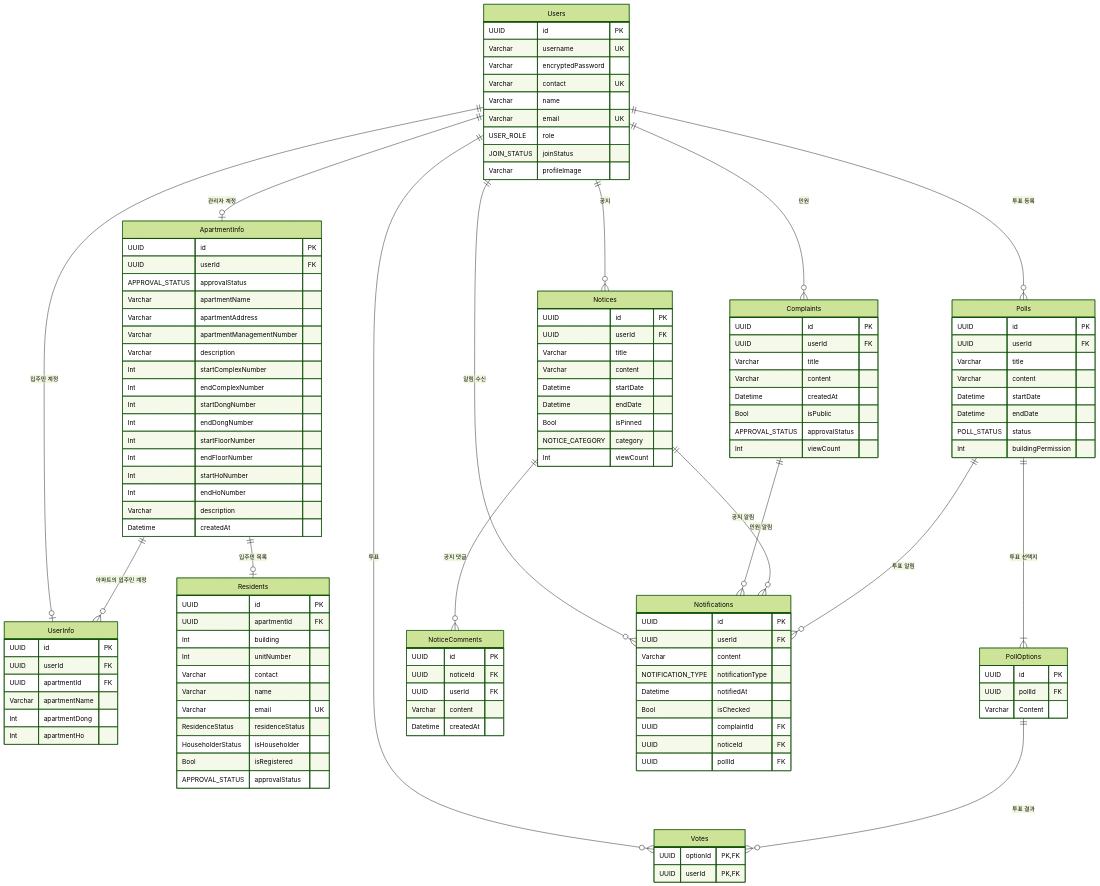
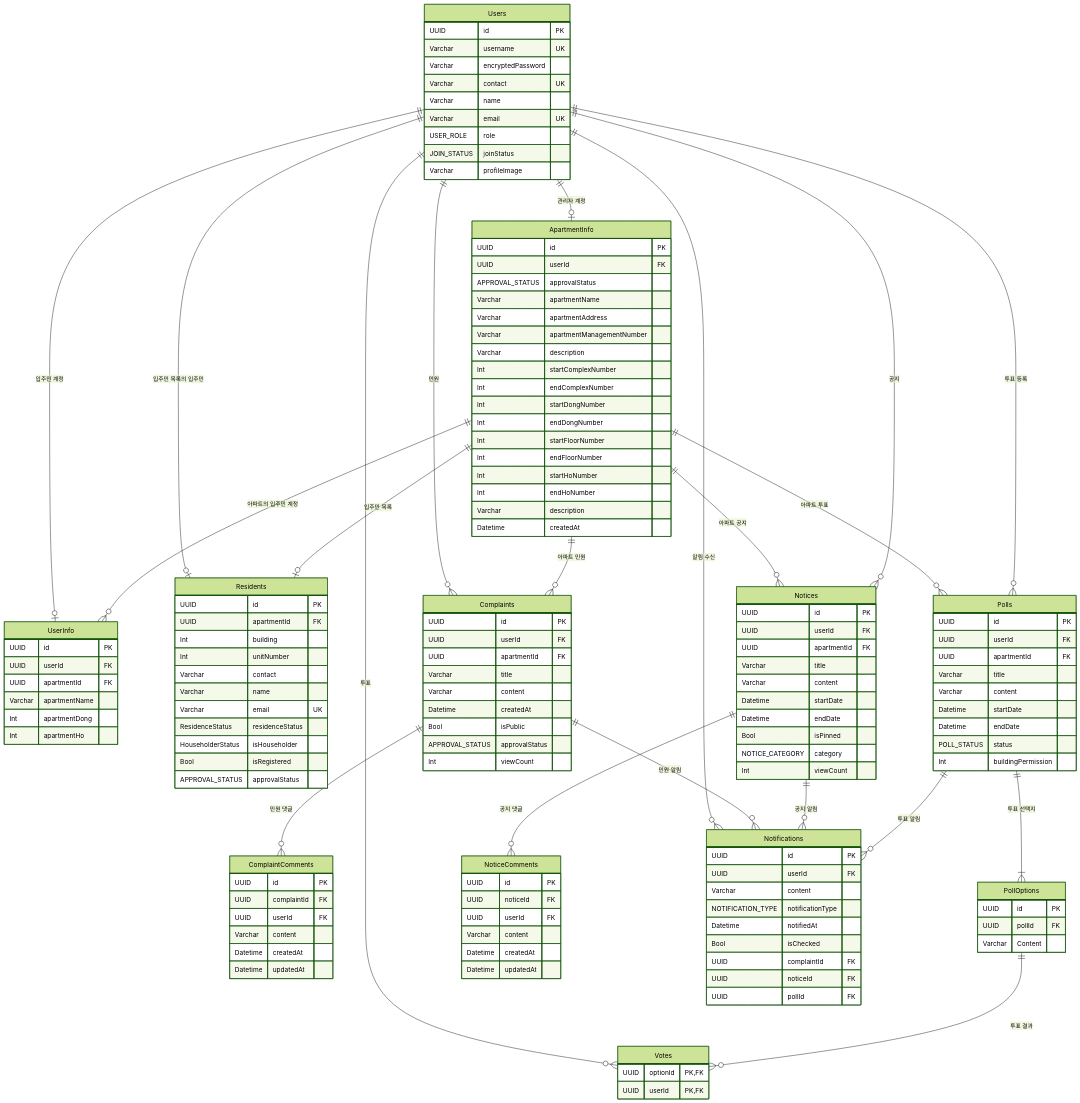
The diagram in erd.v1.md (nb01-welive-team2/nb01-welive-team2), drawn with Mermaid (forest theme) before and after one commit. The commit also changed 23 other files, not shown here.

```diff
--- a/erd.v1.md
+++ b/erd.v1.md
@@ -35,7 +35,6 @@
   Datetime createdAt
 }
 %% APPROVAL_STATUS : UNRECEIVED, PENDING, APPROVED
-%% nullable : startComplexNumber, endComplexNumber
 
 UserInfo {
   UUID id PK
@@ -65,6 +64,7 @@
 Complaints {
   UUID id PK
   UUID userId FK
+  UUID apartmentId FK
   Varchar title
   Varchar content
   Datetime createdAt
@@ -74,9 +74,19 @@
 }
 %% viewCount @default(0)
 
+ComplaintComments {
+  UUID id PK
+  UUID complaintId FK
+  UUID userId FK
+  Varchar content
+  Datetime createdAt
+  Datetime updatedAt
+}
+
 Polls {
   UUID id PK
   UUID userId FK
+  UUID apartmentId FK
   Varchar title
   Varchar content
   Datetime startDate
@@ -101,6 +111,7 @@
 Notices {
   UUID id PK
   UUID userId FK
+  UUID apartmentId FK
   Varchar title
   Varchar content
   Datetime startDate
@@ -118,6 +129,7 @@
   UUID userId FK
   Varchar content
   Datetime createdAt
+  Datetime updatedAt
 }
 
 Notifications {
@@ -138,9 +150,14 @@
 
 Users ||--o| ApartmentInfo : "관리자 계정"
 Users ||--o| UserInfo : "입주민 계정"
+Users ||--o| Residents : "입주민 목록의 입주민"
 ApartmentInfo ||--o{ UserInfo : "아파트의 입주민 계정"
 ApartmentInfo ||--o| Residents : "입주민 목록"
 Users ||--o{ Complaints : "민원"
+Complaints ||--o{ ComplaintComments : "민원 댓글"
+ApartmentInfo ||--o{ Complaints : "아파트 민원"
+ApartmentInfo ||--o{ Polls : "아파트 투표"
+ApartmentInfo ||--o{ Notices : "아파트 공지"
 Users ||--o{ Polls : "투표 등록"
 Polls ||--|{ PollOptions : "투표 선택지"
 Users ||--o{ Votes : "투표"
```
